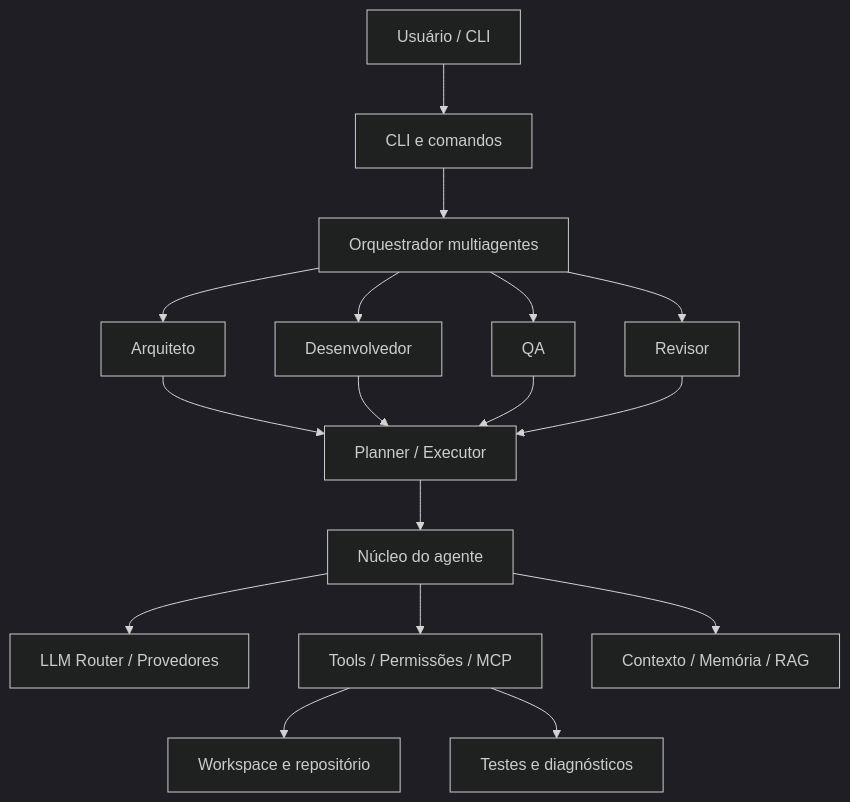
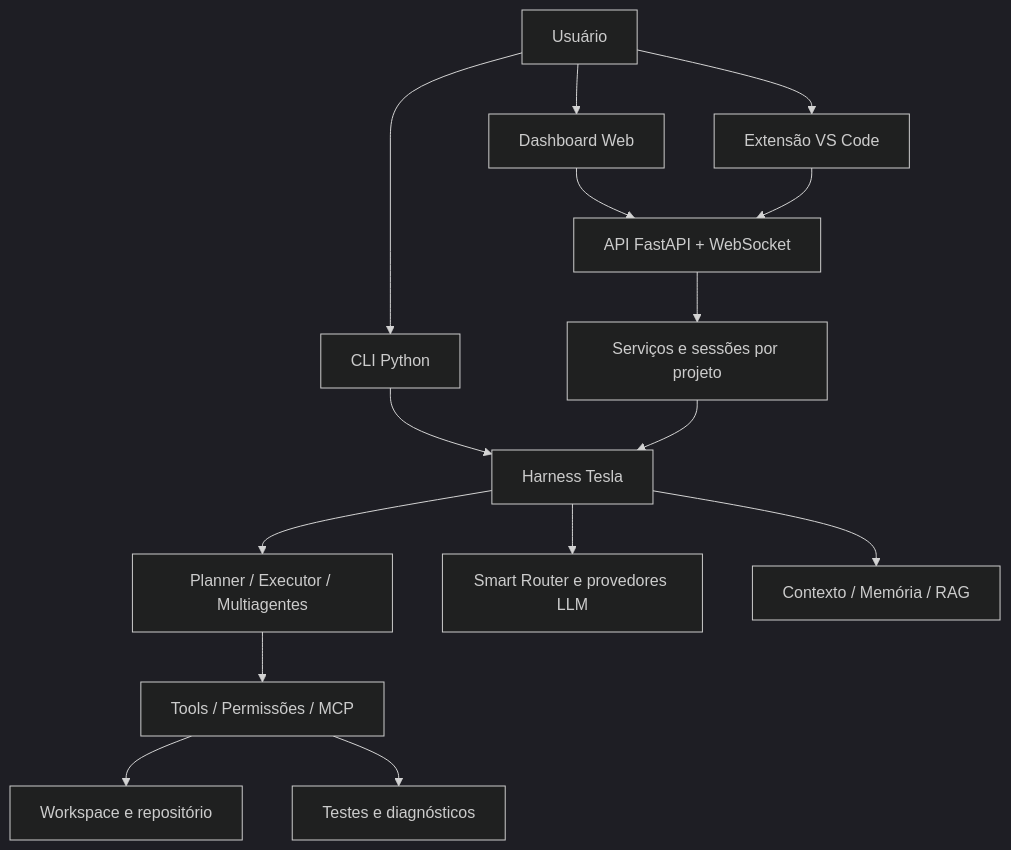
The first of 2 diagrams in README.md (MrHendrix0611/tesla-agent), drawn with Mermaid (dark theme) before and after one commit. The commit also changed other lines of this file, not shown here.

````diff
--- a/README.md
+++ b/README.md
@@ -135,19 +170,17 @@
 ```mermaid
 flowchart TB
-    U["Usuário / CLI"] --> C["CLI e comandos"]
-    C --> O["Orquestrador multiagentes"]
-    O --> A["Arquiteto"]
-    O --> D["Desenvolvedor"]
-    O --> Q["QA"]
-    O --> R["Revisor"]
-    A --> P["Planner / Executor"]
-    D --> P
-    Q --> P
-    R --> P
-    P --> CORE["Núcleo do agente"]
-    CORE --> ROUTER["LLM Router / Provedores"]
-    CORE --> TOOLS["Tools / Permissões / MCP"]
-    CORE --> CONTEXT["Contexto / Memória / RAG"]
+    U["Usuário"] --> CLI["CLI Python"]
+    U --> WEB["Dashboard Web"]
+    U --> VSC["Extensão VS Code"]
+    WEB --> API["API FastAPI + WebSocket"]
+    VSC --> API
+    API --> S["Serviços e sessões por projeto"]
+    CLI --> CORE["Harness Tesla"]
+    S --> CORE
+    CORE --> ORQ["Planner / Executor / Multiagentes"]
+    CORE --> ROUTER["Smart Router e provedores LLM"]
+    CORE --> CTX["Contexto / Memória / RAG"]
+    ORQ --> TOOLS["Tools / Permissões / MCP"]
     TOOLS --> FS["Workspace e repositório"]
     TOOLS --> TEST["Testes e diagnósticos"]
 ```
````
